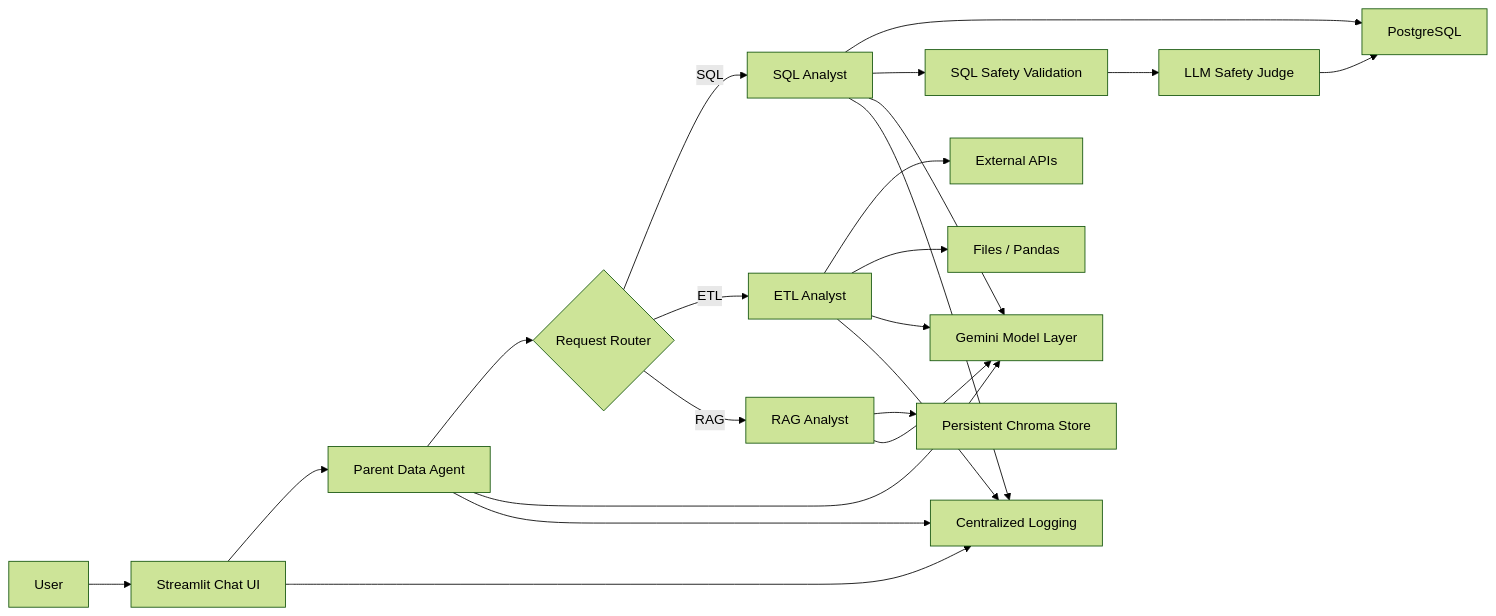
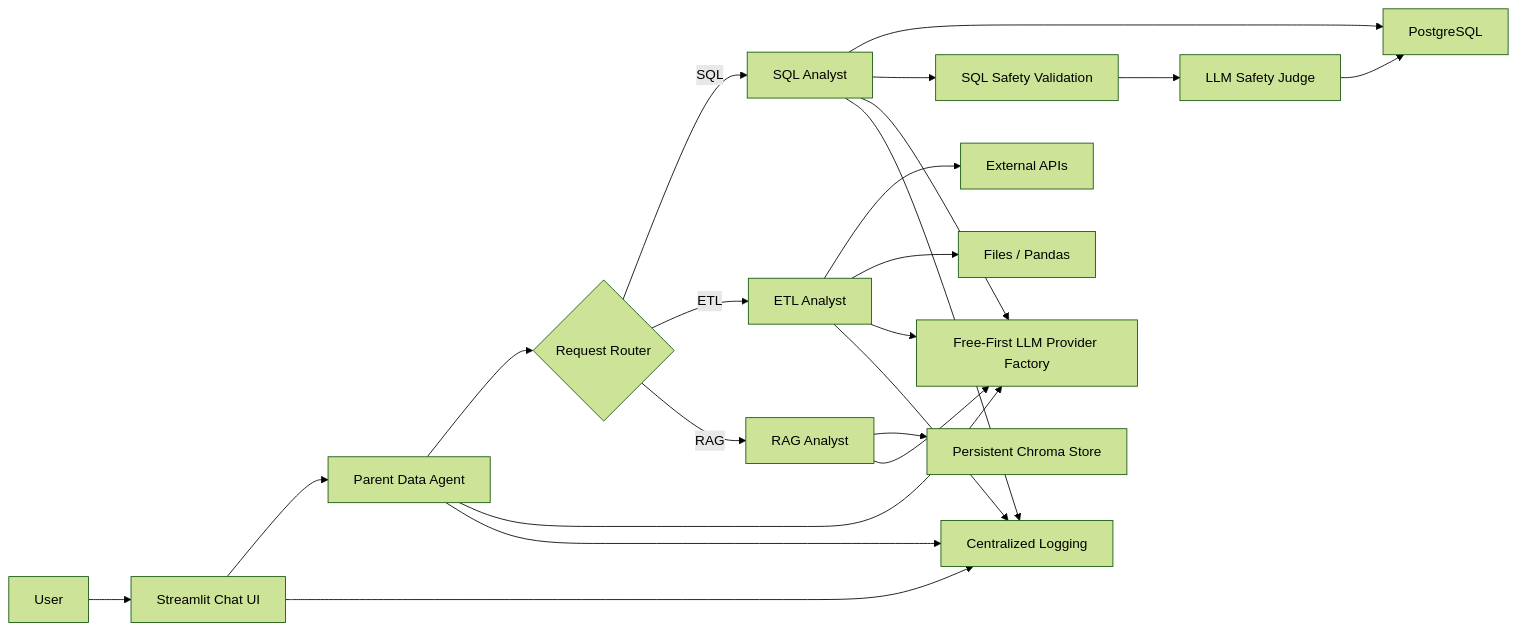
One commit to swapniltake1/agentic-data-intelligence-platform changed the first of 7 diagrams in README.md. Above: the diagram before and after it, drawn with Mermaid (forest theme). The commit also changed other lines of this file and 16 other files, not shown here.

````diff
--- a/README.md
+++ b/README.md
@@ -45,24 +46,24 @@
 ```mermaid
 flowchart LR
     U["User"] --> UI["Streamlit Chat UI"]
     UI --> P["Parent Data Agent"]
     P --> R{"Request Router"}
     R -->|SQL| S["SQL Analyst"]
     R -->|ETL| E["ETL Analyst"]
     R -->|RAG| G["RAG Analyst"]
     S --> DB["PostgreSQL"]
     S --> Q["SQL Safety Validation"]
     Q --> J["LLM Safety Judge"]
     J --> DB
     E --> API["External APIs"]
     E --> FILE["Files / Pandas"]
     G --> CHROMA["Persistent Chroma Store"]
-    P --> LLM["Gemini Model Layer"]
+    P --> LLM["Free-First LLM Provider Factory"]
     S --> LLM
     E --> LLM
     G --> LLM
     P --> LOG["Centralized Logging"]
     S --> LOG
     E --> LOG
     UI --> LOG
 ```
````
